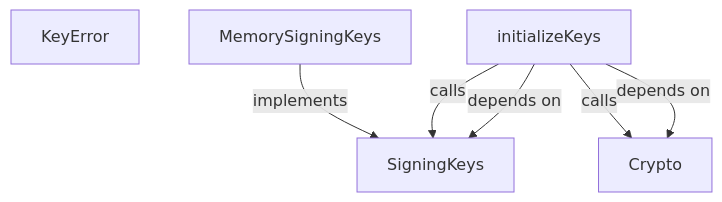
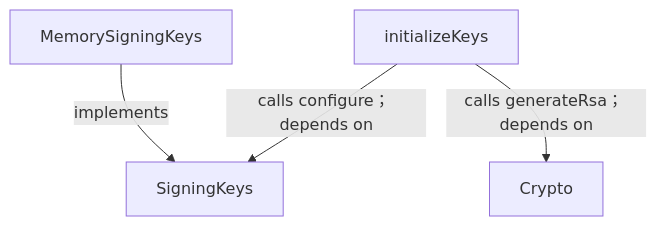
Before and after one commit to GreenPandaStudios/augscript: the first of 6 diagrams in docs/examples/oidc-login/common/keys-diagrams.md, drawn with Mermaid. The commit also changed other lines of this file and 304 other files, not shown here.

Commit message:
Make generated data-flow sequences concise and review every diagram

````diff
--- a/docs/examples/oidc-login/common/keys-diagrams.md
+++ b/docs/examples/oidc-login/common/keys-diagrams.md
@@ -19,13 +19,10 @@
 ```mermaid
 flowchart TD
-    n0["KeyError"]
-    n1["MemorySigningKeys"]
-    n2["SigningKeys"]
-    n3["initializeKeys"]
-    n4["Crypto"]
-    n1 -->|"implements"| n2
-    n3 -->|"calls"| n2
-    n3 -->|"depends on"| n2
-    n3 -->|"calls"| n4
-    n3 -->|"depends on"| n4
+    n0["MemorySigningKeys"]
+    n1["SigningKeys"]
+    n2["initializeKeys"]
+    n3["Crypto"]
+    n0 -->|"implements"| n1
+    n2 -->|"calls configure； depends on"| n1
+    n2 -->|"calls generateRsa； depends on"| n3
 ```
````
